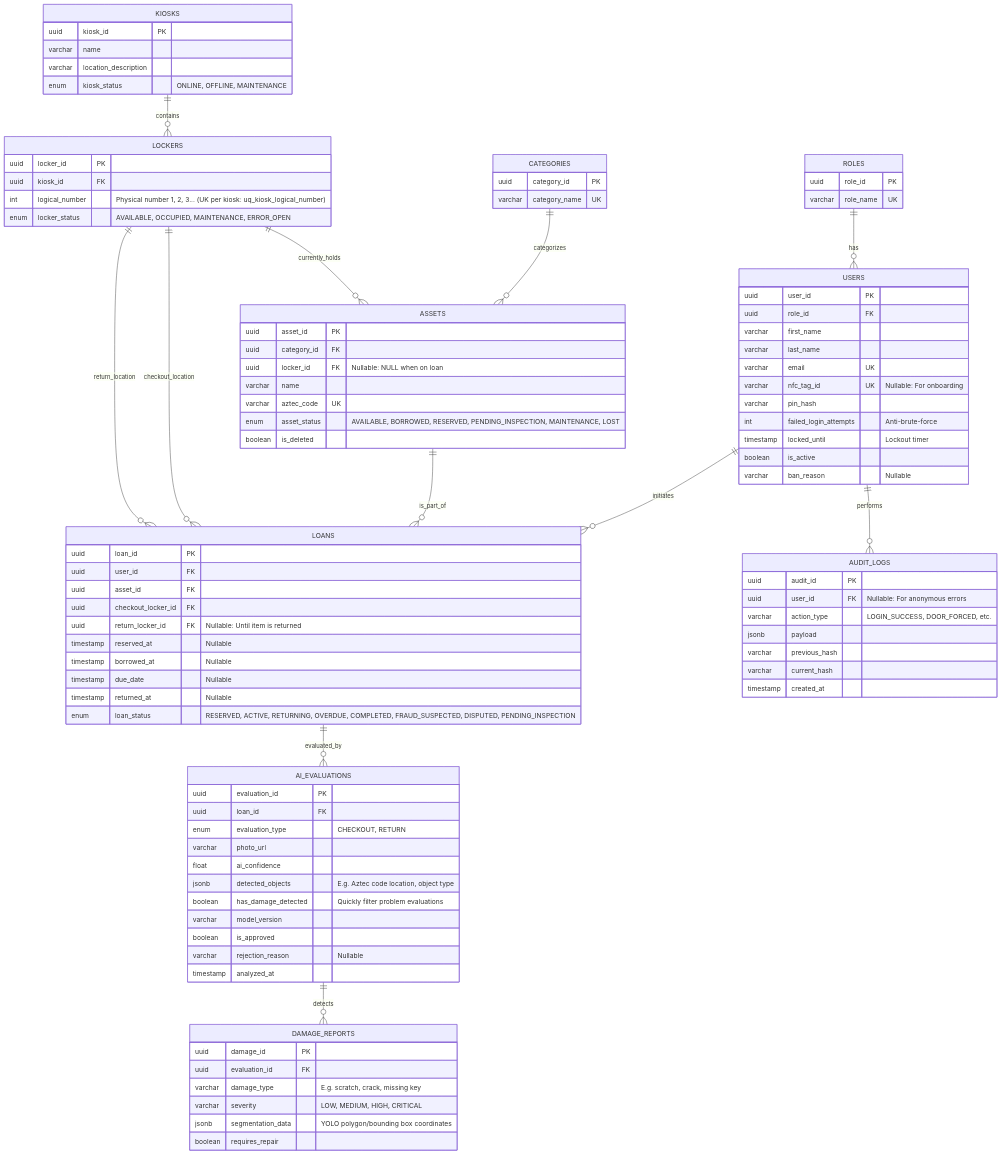
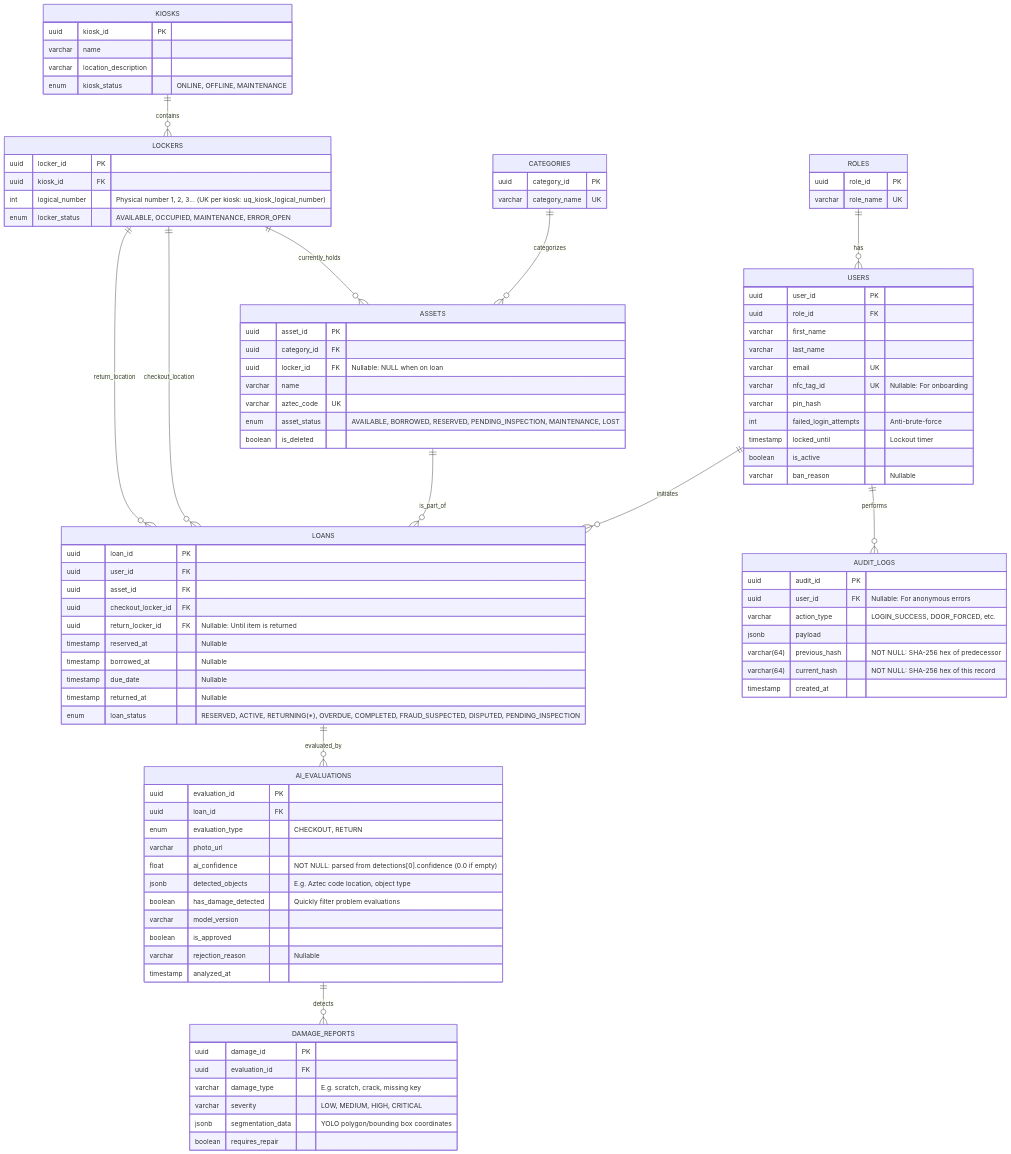
One commit to easylend-practice-enterprise/easylend changed the diagram in docs/erd.mmd. Above: the diagram before and after it, drawn with Mermaid. The commit also changed 6 other files, not shown here.

Commit message:
chore: eliminate all remaining architectural drift (SQL and documentation)

```diff
--- a/docs/erd.mmd
+++ b/docs/erd.mmd
@@ -1,113 +1,116 @@
 erDiagram
     %% Lookup Tables
     ROLES ||--o{ USERS : has
     CATEGORIES ||--o{ ASSETS : categorizes
     
     %% Infrastructure
     KIOSKS ||--o{ LOCKERS : contains
     LOCKERS ||--o{ ASSETS : currently_holds
     
     %% Transactions
     USERS ||--o{ LOANS : initiates
     ASSETS ||--o{ LOANS : is_part_of
     LOCKERS ||--o{ LOANS : checkout_location
     LOCKERS ||--o{ LOANS : return_location
     
     %% Analyses, Security & AI
     LOANS ||--o{ AI_EVALUATIONS : evaluated_by
     AI_EVALUATIONS ||--o{ DAMAGE_REPORTS : detects
     USERS ||--o{ AUDIT_LOGS : performs
     
     ROLES {
         uuid role_id PK
         varchar role_name UK
     }
     
     CATEGORIES {
         uuid category_id PK
         varchar category_name UK
     }
     
     USERS {
         uuid user_id PK
         uuid role_id FK
         varchar first_name
         varchar last_name
         varchar email UK
         varchar nfc_tag_id UK "Nullable: For onboarding"
         varchar pin_hash
         int failed_login_attempts "Anti-brute-force"
         timestamp locked_until "Lockout timer"
         boolean is_active
         varchar ban_reason "Nullable"
     }
     
     KIOSKS {
         uuid kiosk_id PK
         varchar name
         varchar location_description
         enum kiosk_status "ONLINE, OFFLINE, MAINTENANCE"
     }
 
     LOCKERS {
         uuid locker_id PK
         uuid kiosk_id FK
         int logical_number "Physical number 1, 2, 3... (UK per kiosk: uq_kiosk_logical_number)"
         enum locker_status "AVAILABLE, OCCUPIED, MAINTENANCE, ERROR_OPEN"
     }
     
     ASSETS {
         uuid asset_id PK
         uuid category_id FK
         uuid locker_id FK "Nullable: NULL when on loan"
         varchar name
         varchar aztec_code UK
         enum asset_status "AVAILABLE, BORROWED, RESERVED, PENDING_INSPECTION, MAINTENANCE, LOST"
         boolean is_deleted
     }
     
     LOANS {
         uuid loan_id PK
         uuid user_id FK
         uuid asset_id FK
         uuid checkout_locker_id FK
         uuid return_locker_id FK "Nullable: Until item is returned"
         timestamp reserved_at "Nullable"
         timestamp borrowed_at "Nullable"
         timestamp due_date "Nullable"
         timestamp returned_at "Nullable"
-        enum loan_status "RESERVED, ACTIVE, RETURNING, OVERDUE, COMPLETED, FRAUD_SUSPECTED, DISPUTED, PENDING_INSPECTION"
+        enum loan_status "RESERVED, ACTIVE, RETURNING(*), OVERDUE, COMPLETED, FRAUD_SUSPECTED, DISPUTED, PENDING_INSPECTION"
     }
+    %% (*) RETURNING is a pre-vision mutex set by POST /loans/return/initiate.
+    %%     It prevents duplicate return initiations and is enforced by POST /vision/analyze
+    %%     (409 if loan_status != RETURNING for a RETURN evaluation).
     
     AI_EVALUATIONS {
         uuid evaluation_id PK
         uuid loan_id FK
         enum evaluation_type "CHECKOUT, RETURN"
         varchar photo_url
-        float ai_confidence
+        float ai_confidence "NOT NULL: parsed from detections[0].confidence (0.0 if empty)"
         jsonb detected_objects "E.g. Aztec code location, object type"
         boolean has_damage_detected "Quickly filter problem evaluations"
         varchar model_version
         boolean is_approved
         varchar rejection_reason "Nullable"
         timestamp analyzed_at
     }
 
     DAMAGE_REPORTS {
         uuid damage_id PK
         uuid evaluation_id FK
         varchar damage_type "E.g. scratch, crack, missing key"
         varchar severity "LOW, MEDIUM, HIGH, CRITICAL"
         jsonb segmentation_data "YOLO polygon/bounding box coordinates"
         boolean requires_repair
     }
     
     AUDIT_LOGS {
         uuid audit_id PK
         uuid user_id FK "Nullable: For anonymous errors"
         varchar action_type "LOGIN_SUCCESS, DOOR_FORCED, etc."
         jsonb payload
-        varchar previous_hash
-        varchar current_hash
+        varchar(64) previous_hash "NOT NULL: SHA-256 hex of predecessor"
+        varchar(64) current_hash "NOT NULL: SHA-256 hex of this record"
         timestamp created_at
     }
```
